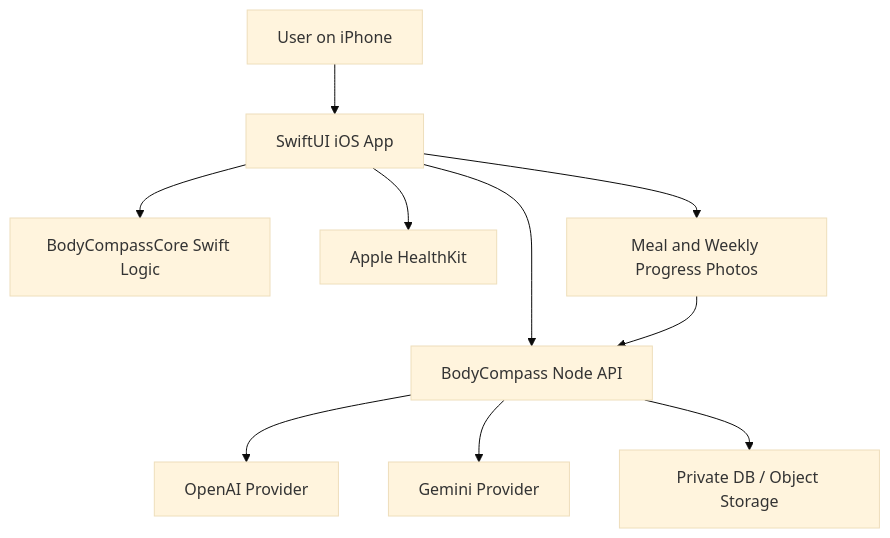
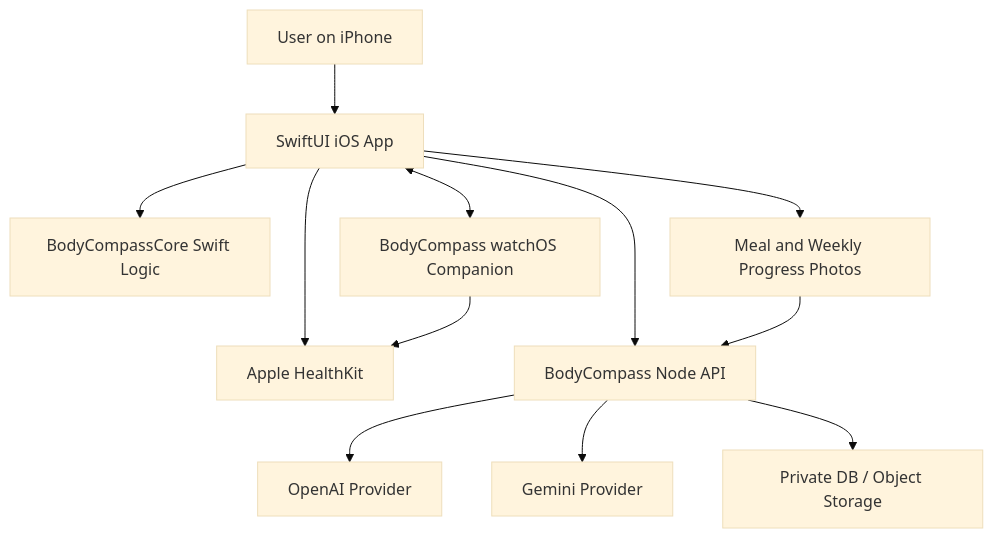
The diagram in ai/architecture.md (Rohanmond/BodyCompass), drawn with Mermaid (base theme) before and after one commit. The commit also changed other lines of this file and 11 other files, not shown here.

Commit message:
Plan Apple Watch workout companion

````diff
--- a/ai/architecture.md
+++ b/ai/architecture.md
@@ -5,12 +5,14 @@
 ```mermaid
 flowchart TD
     User["User on iPhone"] --> IOS["SwiftUI iOS App"]
     IOS --> Core["BodyCompassCore Swift Logic"]
     IOS --> HealthKit["Apple HealthKit"]
+    IOS <--> Watch["BodyCompass watchOS Companion"]
+    Watch --> HealthKit
     IOS --> API["BodyCompass Node API"]
     API --> OpenAI["OpenAI Provider"]
     API --> Gemini["Gemini Provider"]
     API --> Store["Private DB / Object Storage"]
     IOS --> Photos["Meal and Weekly Progress Photos"]
     Photos --> API
 ```
````
